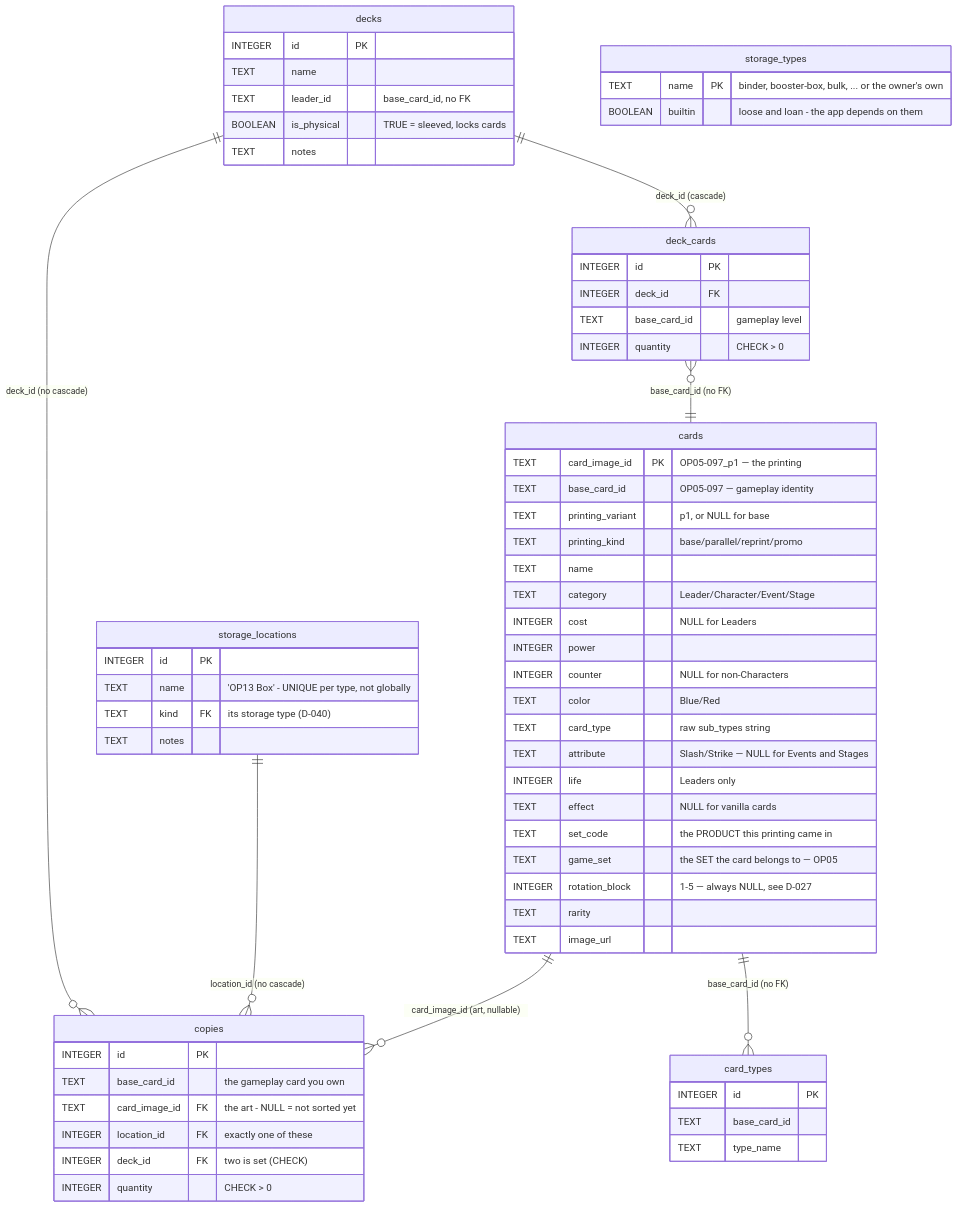
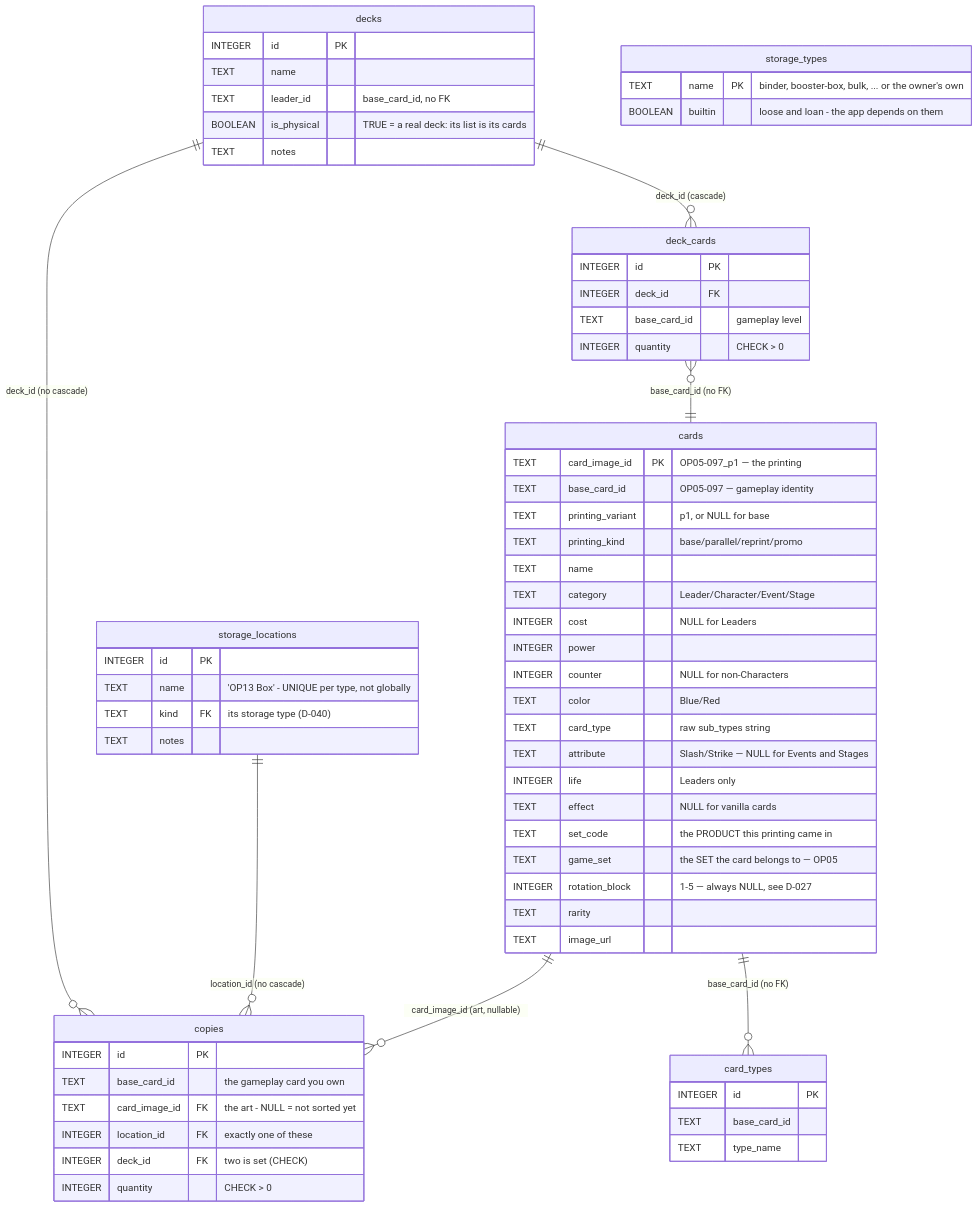
One commit to ThePowerofD/onepiece-card-keeper changed the first of 2 diagrams in DESIGN.md. Above: the diagram before and after it, drawn with Mermaid. The commit also changed other lines of this file and 7 other files, not shown here.

Commit message:
Say in the deck instead of sleeved and explain quotes

````diff
--- a/DESIGN.md
+++ b/DESIGN.md
@@ -129,67 +129,67 @@
 ```mermaid
 erDiagram
     cards ||--o{ copies : "card_image_id (art, nullable)"
     cards ||--o{ card_types : "base_card_id (no FK)"
     storage_locations ||--o{ copies : "location_id (no cascade)"
     decks ||--o{ copies : "deck_id (no cascade)"
     decks ||--o{ deck_cards : "deck_id (cascade)"
     deck_cards }o--|| cards : "base_card_id (no FK)"
 
     cards {
         TEXT card_image_id PK "OP05-097_p1 — the printing"
         TEXT base_card_id "OP05-097 — gameplay identity"
         TEXT printing_variant "p1, or NULL for base"
         TEXT printing_kind "base/parallel/reprint/promo"
         TEXT name
         TEXT category "Leader/Character/Event/Stage"
         INTEGER cost "NULL for Leaders"
         INTEGER power
         INTEGER counter "NULL for non-Characters"
         TEXT color "Blue/Red"
         TEXT card_type "raw sub_types string"
         TEXT attribute "Slash/Strike — NULL for Events and Stages"
         INTEGER life "Leaders only"
         TEXT effect "NULL for vanilla cards"
         TEXT set_code "the PRODUCT this printing came in"
         TEXT game_set "the SET the card belongs to — OP05"
         INTEGER rotation_block "1-5 — always NULL, see D-027"
         TEXT rarity
         TEXT image_url
     }
     copies {
         INTEGER id PK
         TEXT base_card_id "the gameplay card you own"
         TEXT card_image_id FK "the art - NULL = not sorted yet"
         INTEGER location_id FK "exactly one of these"
         INTEGER deck_id FK "two is set (CHECK)"
         INTEGER quantity "CHECK > 0"
     }
     storage_locations {
         INTEGER id PK
         TEXT name "'OP13 Box' - UNIQUE per type, not globally"
         TEXT kind FK "its storage type (D-040)"
         TEXT notes
     }
     storage_types {
         TEXT name PK "binder, booster-box, bulk, ... or the owner's own"
         BOOLEAN builtin "loose and loan - the app depends on them"
     }
     decks {
         INTEGER id PK
         TEXT name
         TEXT leader_id "base_card_id, no FK"
-        BOOLEAN is_physical "TRUE = sleeved, locks cards"
+        BOOLEAN is_physical "TRUE = a real deck: its list is its cards"
         TEXT notes
     }
     deck_cards {
         INTEGER id PK
         INTEGER deck_id FK
         TEXT base_card_id "gameplay level"
         INTEGER quantity "CHECK > 0"
     }
     card_types {
         INTEGER id PK
         TEXT base_card_id
         TEXT type_name
     }
 ```
````
